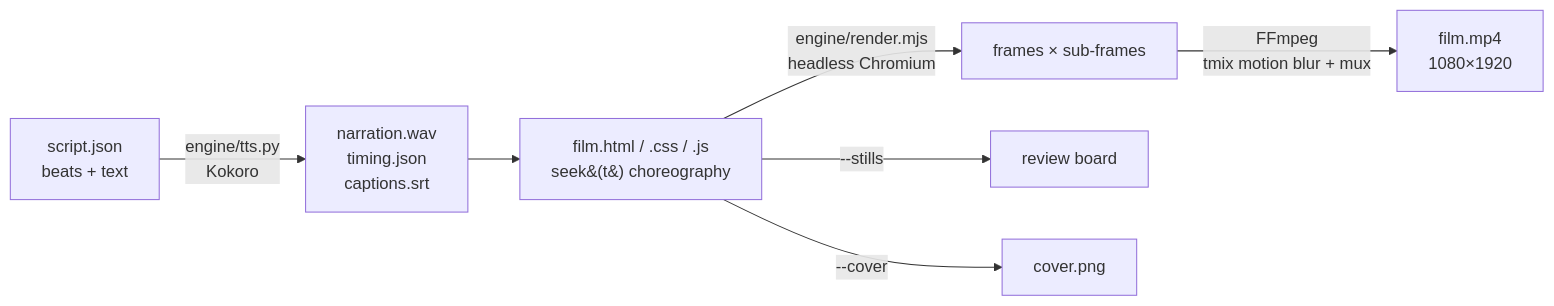
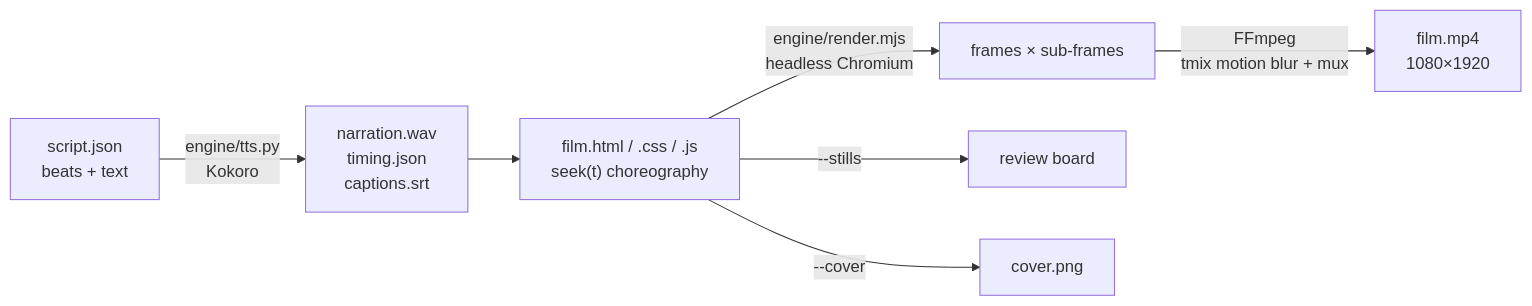
The diagram in README.md (wildsec/explainer-engine), drawn with Mermaid before and after one commit.

Commit message:
README: quote mermaid labels so GitHub renders the pipeline diagram

````diff
--- a/README.md
+++ b/README.md
@@ -61,9 +61,9 @@
 ```mermaid
 flowchart LR
-  A[script.json<br/>beats + text] -->|engine/tts.py<br/>Kokoro| B[narration.wav<br/>timing.json<br/>captions.srt]
-  B --> C[film.html / .css / .js<br/>seek&#40;t&#41; choreography]
-  C -->|engine/render.mjs<br/>headless Chromium| D[frames × sub-frames]
-  D -->|FFmpeg<br/>tmix motion blur + mux| E[film.mp4<br/>1080×1920]
-  C -->|--stills| F[review board]
-  C -->|--cover| G[cover.png]
+  A["script.json<br/>beats + text"] -->|"engine/tts.py<br/>Kokoro"| B["narration.wav<br/>timing.json<br/>captions.srt"]
+  B --> C["film.html / .css / .js<br/>seek(t) choreography"]
+  C -->|"engine/render.mjs<br/>headless Chromium"| D["frames × sub-frames"]
+  D -->|"FFmpeg<br/>tmix motion blur + mux"| E["film.mp4<br/>1080×1920"]
+  C -->|"--stills"| F["review board"]
+  C -->|"--cover"| G["cover.png"]
 ```
````
